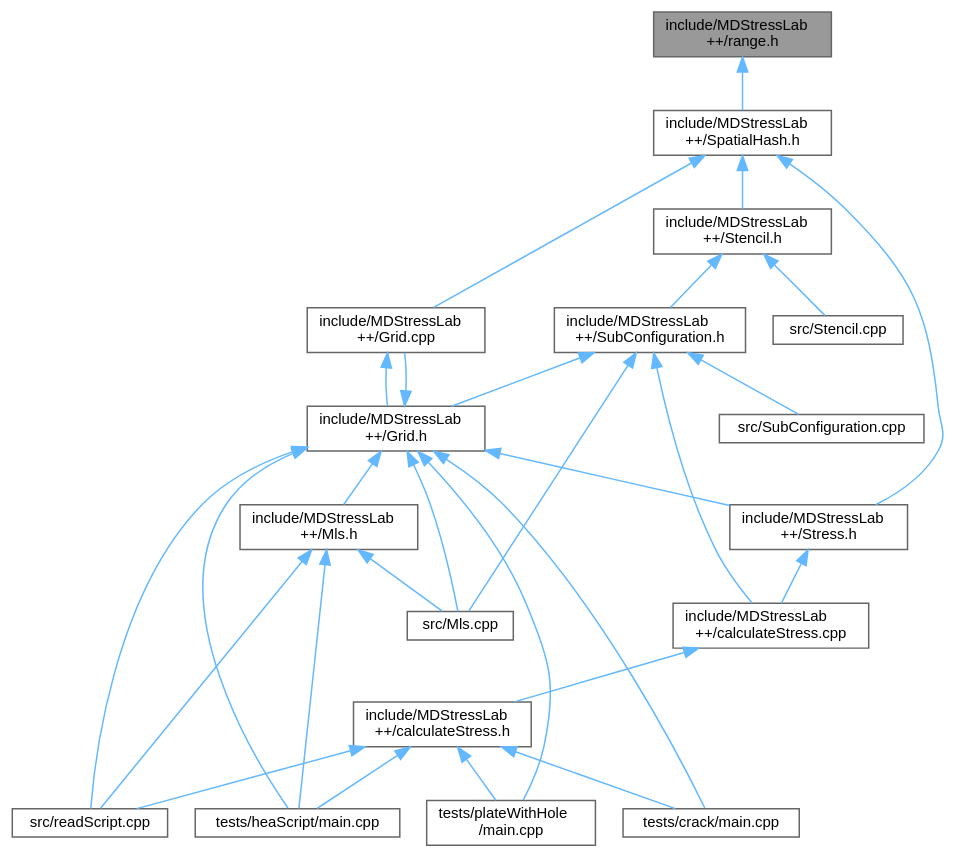
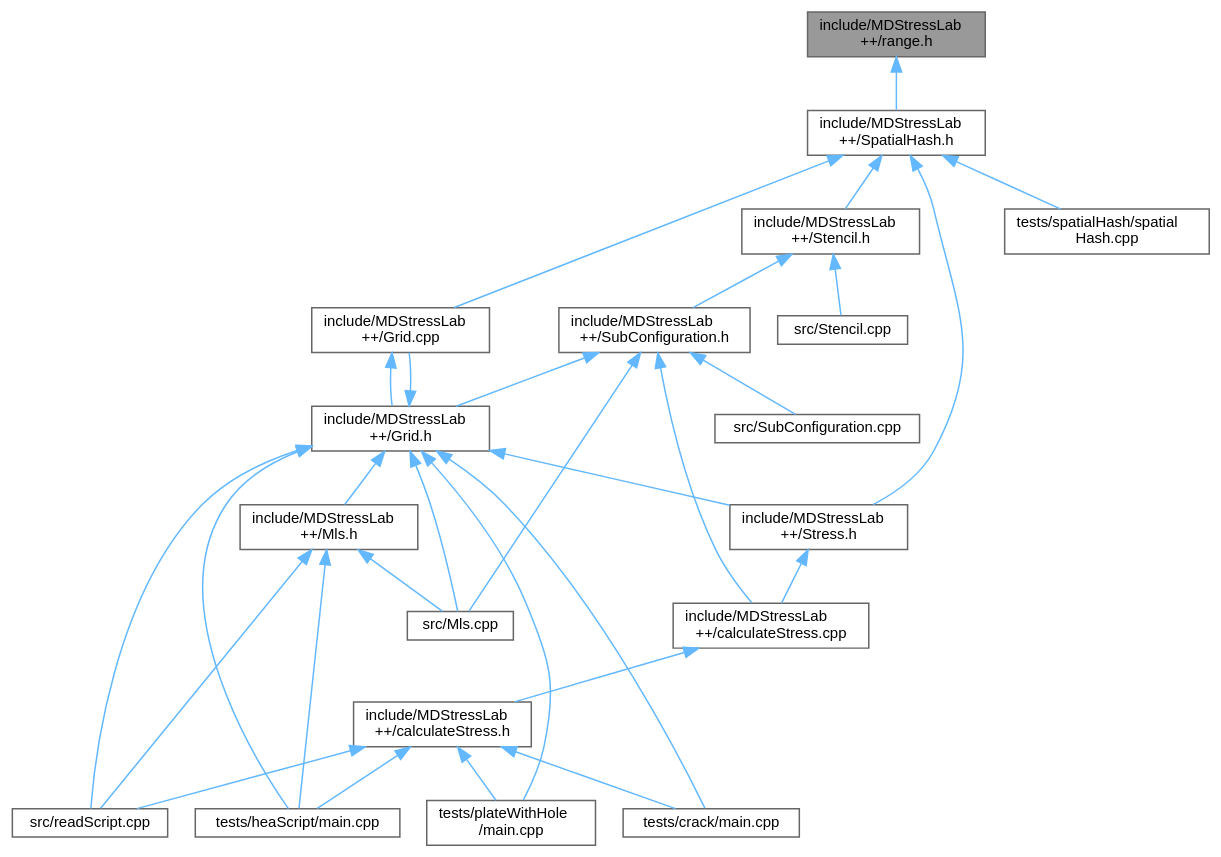
The diagram in range_8h__dep__incl.dot (nikhil-admal/mdstresslab), drawn with Graphviz before and after one commit. The commit also changed 62 other files, not shown here.

```diff
--- a/range_8h__dep__incl.dot
+++ b/range_8h__dep__incl.dot
@@ -1,52 +1,54 @@
 digraph "include/MDStressLab++/range.h"
 {
  // LATEX_PDF_SIZE
   bgcolor="transparent";
   edge [fontname=Helvetica,fontsize=10,labelfontname=Helvetica,labelfontsize=10];
   node [fontname=Helvetica,fontsize=10,shape=box,height=0.2,width=0.4];
   Node1 [id="Node000001",label="include/MDStressLab\l++/range.h",height=0.2,width=0.4,color="gray40", fillcolor="grey60", style="filled", fontcolor="black",tooltip=" "];
   Node1 -> Node2 [id="edge1_Node000001_Node000002",dir="back",color="steelblue1",style="solid",tooltip=" "];
   Node2 [id="Node000002",label="include/MDStressLab\l++/SpatialHash.h",height=0.2,width=0.4,color="grey40", fillcolor="white", style="filled",URL="$SpatialHash_8h.html",tooltip=" "];
   Node2 -> Node3 [id="edge2_Node000002_Node000003",dir="back",color="steelblue1",style="solid",tooltip=" "];
   Node3 [id="Node000003",label="include/MDStressLab\l++/Grid.cpp",height=0.2,width=0.4,color="grey40", fillcolor="white", style="filled",URL="$Grid_8cpp.html",tooltip=" "];
   Node3 -> Node4 [id="edge3_Node000003_Node000004",dir="back",color="steelblue1",style="solid",tooltip=" "];
   Node4 [id="Node000004",label="include/MDStressLab\l++/Grid.h",height=0.2,width=0.4,color="grey40", fillcolor="white", style="filled",URL="$Grid_8h.html",tooltip=" "];
   Node4 -> Node3 [id="edge4_Node000004_Node000003",dir="back",color="steelblue1",style="solid",tooltip=" "];
   Node4 -> Node5 [id="edge5_Node000004_Node000005",dir="back",color="steelblue1",style="solid",tooltip=" "];
   Node5 [id="Node000005",label="include/MDStressLab\l++/Mls.h",height=0.2,width=0.4,color="grey40", fillcolor="white", style="filled",URL="$Mls_8h.html",tooltip=" "];
   Node5 -> Node6 [id="edge6_Node000005_Node000006",dir="back",color="steelblue1",style="solid",tooltip=" "];
   Node6 [id="Node000006",label="src/Mls.cpp",height=0.2,width=0.4,color="grey40", fillcolor="white", style="filled",URL="$Mls_8cpp.html",tooltip=" "];
   Node5 -> Node7 [id="edge7_Node000005_Node000007",dir="back",color="steelblue1",style="solid",tooltip=" "];
   Node7 [id="Node000007",label="src/readScript.cpp",height=0.2,width=0.4,color="grey40", fillcolor="white", style="filled",URL="$readScript_8cpp.html",tooltip=" "];
   Node5 -> Node8 [id="edge8_Node000005_Node000008",dir="back",color="steelblue1",style="solid",tooltip=" "];
   Node8 [id="Node000008",label="tests/heaScript/main.cpp",height=0.2,width=0.4,color="grey40", fillcolor="white", style="filled",URL="$heaScript_2main_8cpp.html",tooltip=" "];
   Node4 -> Node9 [id="edge9_Node000004_Node000009",dir="back",color="steelblue1",style="solid",tooltip=" "];
   Node9 [id="Node000009",label="include/MDStressLab\l++/Stress.h",height=0.2,width=0.4,color="grey40", fillcolor="white", style="filled",URL="$Stress_8h.html",tooltip=" "];
   Node9 -> Node10 [id="edge10_Node000009_Node000010",dir="back",color="steelblue1",style="solid",tooltip=" "];
   Node10 [id="Node000010",label="include/MDStressLab\l++/calculateStress.cpp",height=0.2,width=0.4,color="grey40", fillcolor="white", style="filled",URL="$calculateStress_8cpp.html",tooltip=" "];
   Node10 -> Node11 [id="edge11_Node000010_Node000011",dir="back",color="steelblue1",style="solid",tooltip=" "];
   Node11 [id="Node000011",label="include/MDStressLab\l++/calculateStress.h",height=0.2,width=0.4,color="grey40", fillcolor="white", style="filled",URL="$calculateStress_8h.html",tooltip=" "];
   Node11 -> Node7 [id="edge12_Node000011_Node000007",dir="back",color="steelblue1",style="solid",tooltip=" "];
   Node11 -> Node12 [id="edge13_Node000011_Node000012",dir="back",color="steelblue1",style="solid",tooltip=" "];
   Node12 [id="Node000012",label="tests/crack/main.cpp",height=0.2,width=0.4,color="grey40", fillcolor="white", style="filled",URL="$crack_2main_8cpp.html",tooltip=" "];
   Node11 -> Node8 [id="edge14_Node000011_Node000008",dir="back",color="steelblue1",style="solid",tooltip=" "];
   Node11 -> Node13 [id="edge15_Node000011_Node000013",dir="back",color="steelblue1",style="solid",tooltip=" "];
   Node13 [id="Node000013",label="tests/plateWithHole\l/main.cpp",height=0.2,width=0.4,color="grey40", fillcolor="white", style="filled",URL="$plateWithHole_2main_8cpp.html",tooltip=" "];
   Node4 -> Node6 [id="edge16_Node000004_Node000006",dir="back",color="steelblue1",style="solid",tooltip=" "];
   Node4 -> Node7 [id="edge17_Node000004_Node000007",dir="back",color="steelblue1",style="solid",tooltip=" "];
   Node4 -> Node12 [id="edge18_Node000004_Node000012",dir="back",color="steelblue1",style="solid",tooltip=" "];
   Node4 -> Node8 [id="edge19_Node000004_Node000008",dir="back",color="steelblue1",style="solid",tooltip=" "];
   Node4 -> Node13 [id="edge20_Node000004_Node000013",dir="back",color="steelblue1",style="solid",tooltip=" "];
   Node2 -> Node14 [id="edge21_Node000002_Node000014",dir="back",color="steelblue1",style="solid",tooltip=" "];
   Node14 [id="Node000014",label="include/MDStressLab\l++/Stencil.h",height=0.2,width=0.4,color="grey40", fillcolor="white", style="filled",URL="$Stencil_8h.html",tooltip=" "];
   Node14 -> Node15 [id="edge22_Node000014_Node000015",dir="back",color="steelblue1",style="solid",tooltip=" "];
   Node15 [id="Node000015",label="include/MDStressLab\l++/SubConfiguration.h",height=0.2,width=0.4,color="grey40", fillcolor="white", style="filled",URL="$SubConfiguration_8h.html",tooltip=" "];
   Node15 -> Node4 [id="edge23_Node000015_Node000004",dir="back",color="steelblue1",style="solid",tooltip=" "];
   Node15 -> Node10 [id="edge24_Node000015_Node000010",dir="back",color="steelblue1",style="solid",tooltip=" "];
   Node15 -> Node6 [id="edge25_Node000015_Node000006",dir="back",color="steelblue1",style="solid",tooltip=" "];
   Node15 -> Node16 [id="edge26_Node000015_Node000016",dir="back",color="steelblue1",style="solid",tooltip=" "];
   Node16 [id="Node000016",label="src/SubConfiguration.cpp",height=0.2,width=0.4,color="grey40", fillcolor="white", style="filled",URL="$SubConfiguration_8cpp.html",tooltip=" "];
   Node14 -> Node17 [id="edge27_Node000014_Node000017",dir="back",color="steelblue1",style="solid",tooltip=" "];
   Node17 [id="Node000017",label="src/Stencil.cpp",height=0.2,width=0.4,color="grey40", fillcolor="white", style="filled",URL="$Stencil_8cpp.html",tooltip=" "];
   Node2 -> Node9 [id="edge28_Node000002_Node000009",dir="back",color="steelblue1",style="solid",tooltip=" "];
+  Node2 -> Node18 [id="edge29_Node000002_Node000018",dir="back",color="steelblue1",style="solid",tooltip=" "];
+  Node18 [id="Node000018",label="tests/spatialHash/spatial\lHash.cpp",height=0.2,width=0.4,color="grey40", fillcolor="white", style="filled",URL="$spatialHash_8cpp.html",tooltip=" "];
 }
```
